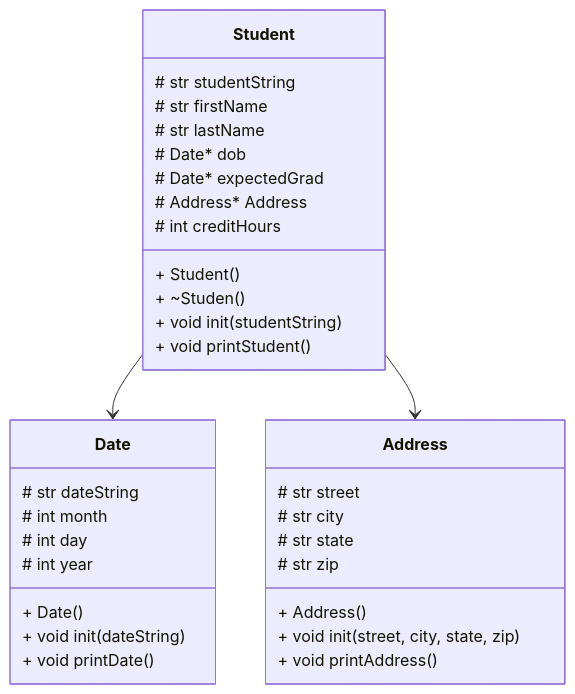
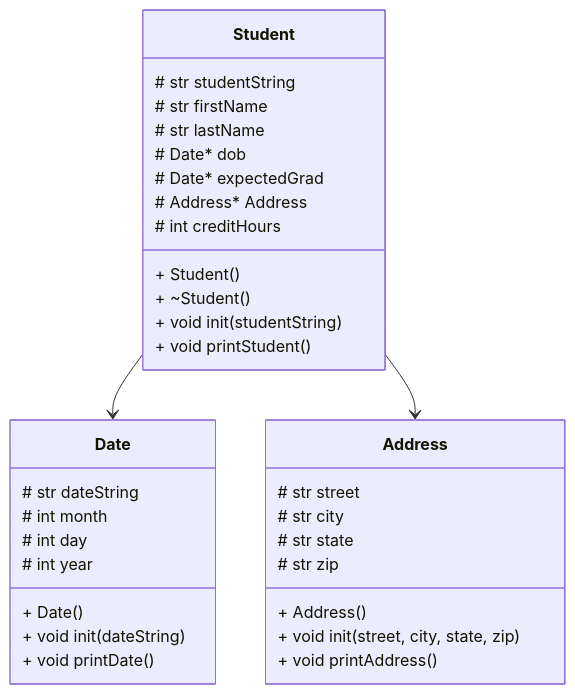
The diagram in readme.md (isaiahthomasit/heapOfStudents), drawn with Mermaid before and after one commit.

Commit message:
Fix destructor name in Student class

````diff
--- a/readme.md
+++ b/readme.md
@@ -1,43 +1,43 @@
 ```mermaid
 
 classDiagram
 
 class Student{
   # str studentString
   # str firstName
   # str lastName
   # Date* dob
   # Date* expectedGrad
   # Address* Address
   # int creditHours
   + Student()
-  + ~Studen()
+  + ~Student()
   + void init(studentString)
   + void printStudent() 
 }
 
 class Date{
   # str dateString
   # int month
   # int day
   # int year
   + Date()
   + void init(dateString)
   + void printDate()
 }
 
 class Address{
   # str street
   # str city
   # str state
   # str zip
   + Address()
   + void init(street, city, state, zip)
   + void printAddress()
 }
 
 Student --> Date
 
 Student --> Address
 
 ```
````
